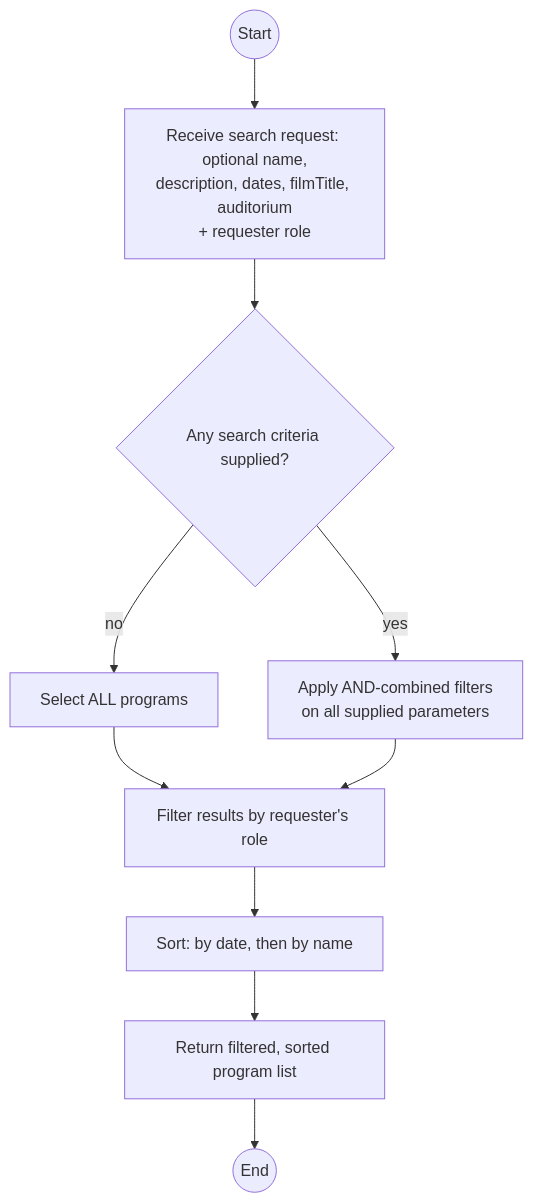
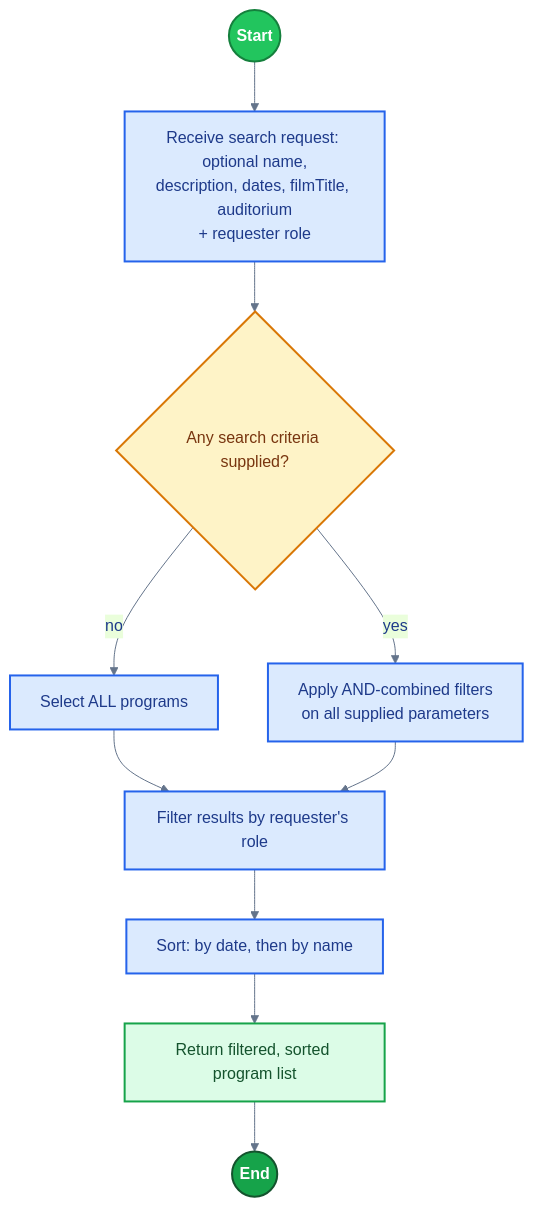
Before and after one commit to Volanakis/SoftwareEngineering101: the diagram in diagrams/09-activity-program-search.md, drawn with Mermaid.

Commit message:
Update activity diagram styling for improved visual clarity and consistency

````diff
--- a/diagrams/09-activity-program-search.md
+++ b/diagrams/09-activity-program-search.md
@@ -5,12 +5,25 @@
 ```mermaid
+%%{init: {'theme':'base', 'themeVariables': {'fontFamily':'Segoe UI, sans-serif', 'primaryColor':'#dbeafe', 'primaryBorderColor':'#2563eb', 'primaryTextColor':'#1e3a8a', 'lineColor':'#64748b'}}}%%
 flowchart TD
     Start((Start)) --> A1[Receive search request: optional name,<br/>description, dates, filmTitle, auditorium<br/>+ requester role]
     A1 --> D1{Any search criteria supplied?}
     D1 -->|"no"| A2[Select ALL programs]
     D1 -->|"yes"| A3[Apply AND-combined filters<br/>on all supplied parameters]
     A2 --> A4[Filter results by requester's role]
     A3 --> A4
     A4 --> A5[Sort: by date, then by name]
     A5 --> A6[Return filtered, sorted program list]
     A6 --> End((End))
+
+    classDef startNode fill:#22c55e,stroke:#15803d,stroke-width:2px,color:#ffffff,font-weight:bold
+    classDef successEnd fill:#16a34a,stroke:#14532d,stroke-width:2px,color:#ffffff,font-weight:bold
+    classDef action fill:#dbeafe,stroke:#2563eb,stroke-width:2px,color:#1e3a8a
+    classDef decision fill:#fef3c7,stroke:#d97706,stroke-width:2px,color:#78350f
+    classDef successAction fill:#dcfce7,stroke:#16a34a,stroke-width:2px,color:#14532d
+
+    class Start startNode
+    class End successEnd
+    class D1 decision
+    class A1,A2,A3,A4,A5 action
+    class A6 successAction
 ```
````
